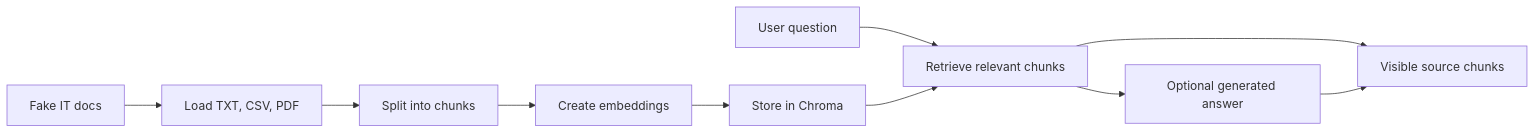
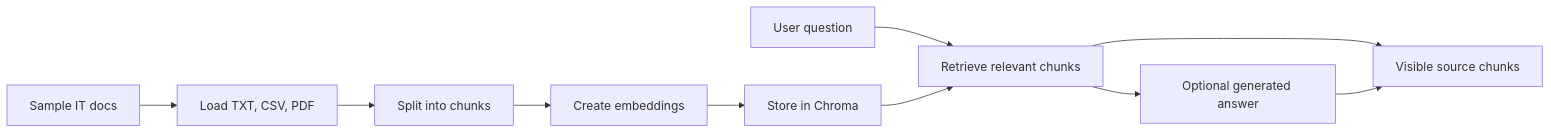
The diagram in README.md (adeebansar/IT-Ops-RAG-Knowledge-Assistant), drawn with Mermaid before and after one commit. The commit also changed other lines of this file and 5 other files, not shown here.

````diff
--- a/README.md
+++ b/README.md
@@ -32,12 +32,12 @@
 ```mermaid
 flowchart LR
-    A["Fake IT docs"] --> B["Load TXT, CSV, PDF"]
+    A["Sample IT docs"] --> B["Load TXT, CSV, PDF"]
     B --> C["Split into chunks"]
     C --> D["Create embeddings"]
     D --> E["Store in Chroma"]
     F["User question"] --> G["Retrieve relevant chunks"]
     E --> G
     G --> H["Optional generated answer"]
     G --> I["Visible source chunks"]
     H --> I
 ```
````
